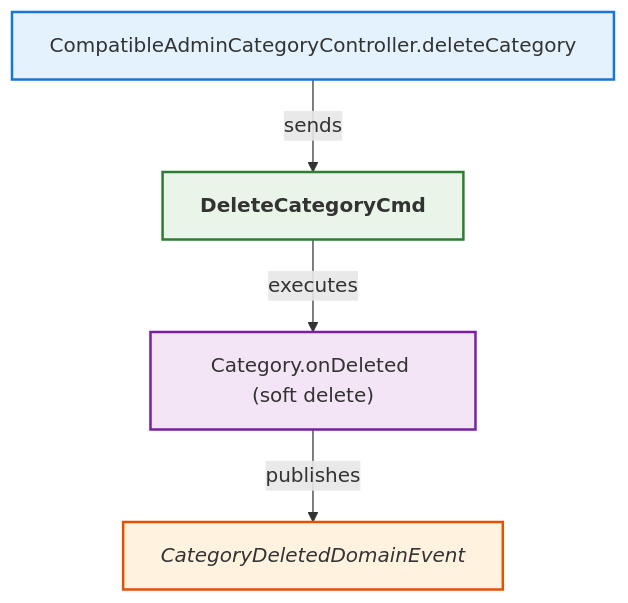
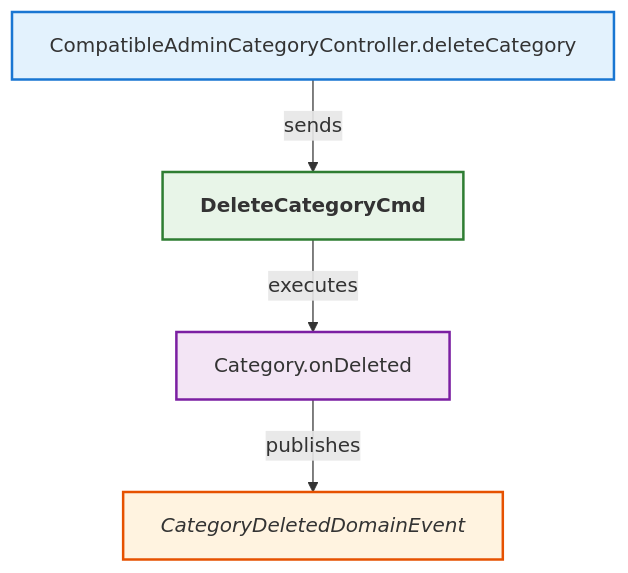
The diagram in analysis/CompatibleAdminCategoryController_delCategory.mmd (LDmoxeii/only-danmuku), drawn with Mermaid before and after one commit.

Commit message:
refactor(category): 调整分类删除领域事件触发逻辑
- 修改 Category.onDeleted 方法名称去除 soft delete 标注
- 更新领域事件触发逻辑以匹配新的方法签名
- 确保删除操作正确发布 CategoryDeletedDomainEvent事件

```diff
--- a/analysis/CompatibleAdminCategoryController_delCategory.mmd
+++ b/analysis/CompatibleAdminCategoryController_delCategory.mmd
@@ -1,34 +1,34 @@
 flowchart TB
 
     N1["CompatibleAdminCategoryController.deleteCategory"]
     class N1 controllermethod;
 
     C1["DeleteCategoryCmd"]
     class C1 command;
-    A1["Category.onDeleted (soft delete)"]
+    A1["Category.onDeleted"]
     class A1 entitymethod;
     E1["CategoryDeletedDomainEvent"]
     class E1 domainevent;
 
     %% Relationships
     N1 -->|sends| C1
     C1 -->|executes| A1
     A1 -->|publishes| E1
 
     %% Styles
     classDef controller fill:#e3f2fd,stroke:#1565c0,stroke-width:2px,font-weight:bold;
     classDef controllermethod fill:#e3f2fd,stroke:#1976d2,stroke-width:2px;
     classDef endpoint fill:#e3f2fd,stroke:#42a5f5,stroke-width:2px;
     classDef commandsender fill:#e3f2fd,stroke:#1565c0,stroke-width:2px,font-style:italic;
     classDef commandsendermethod fill:#e3f2fd,stroke:#1976d2,stroke-width:2px,font-style:italic;
     classDef command fill:#e8f5e8,stroke:#2e7d32,stroke-width:2px,font-weight:bold;
     classDef commandhandler fill:#e8f5e8,stroke:#388e3c,stroke-width:2px,font-weight:bold;
     classDef aggregate fill:#fff8e1,stroke:#ff8f00,stroke-width:3px,font-weight:bold;
     classDef entitymethod fill:#f3e5f5,stroke:#7b1fa2,stroke-width:2px;
     classDef domainevent fill:#fff3e0,stroke:#e65100,stroke-width:2px,font-style:italic;
     classDef domaineventhandler fill:#fff3e0,stroke:#ef6c00,stroke-width:2px,font-weight:bold;
     classDef integrationevent fill:#fce4ec,stroke:#880e4f,stroke-width:2px;
     classDef integrationeventhandler fill:#fce4ec,stroke:#ad1457,stroke-width:2px,font-weight:bold;
     classDef integrationeventconverter fill:#e3f2fd,stroke:#0277bd,stroke-width:2px;
     classDef repo fill:#d6dbdf,stroke:#85929e,stroke-width:2px;
     classDef uow fill:#f2f4f4,stroke:#7f8c8d,stroke-width:2px;
```
